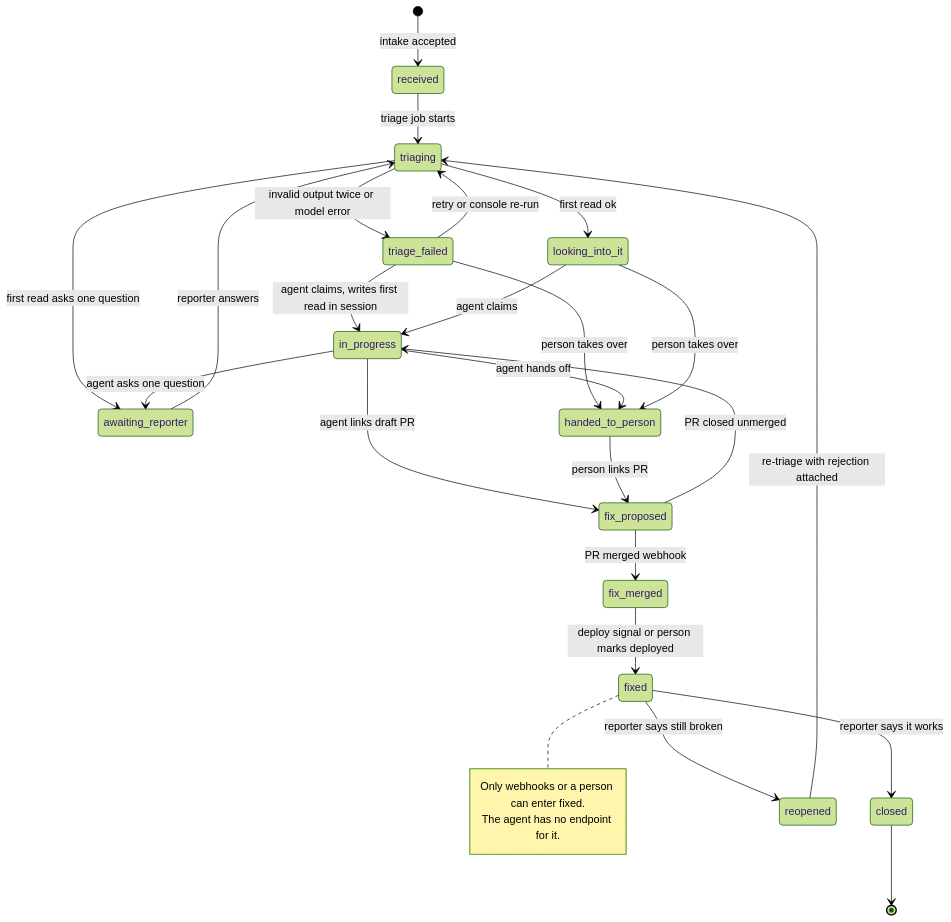
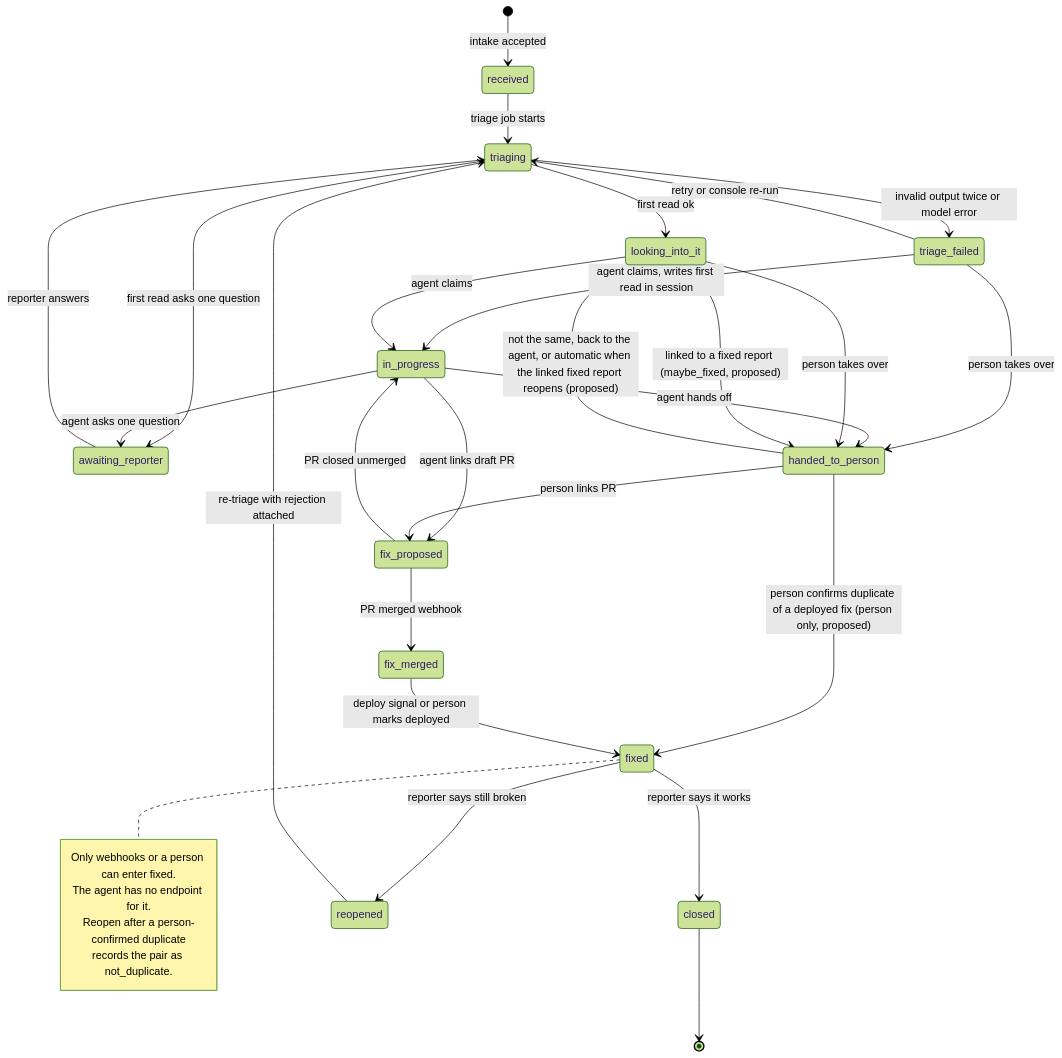
Before and after one commit to the-agency-ai/this-happened: the third of 8 diagrams in agency/workstreams/this-happened/ad-this-happened-rev1-20261013.md, drawn with Mermaid (forest theme). The commit also changed other lines of this file and 6 other files, not shown here.

````diff
--- a/agency/workstreams/this-happened/ad-this-happened-rev1-20261013.md
+++ b/agency/workstreams/this-happened/ad-this-happened-rev1-20261013.md
@@ -495,29 +510,34 @@
 ```mermaid
 stateDiagram-v2
   [*] --> received: intake accepted
   received --> triaging: triage job starts
   triaging --> looking_into_it: first read ok
   triaging --> awaiting_reporter: first read asks one question
   triaging --> triage_failed: invalid output twice or model error
   triage_failed --> triaging: retry or console re-run
   triage_failed --> in_progress: agent claims, writes first read in session
   triage_failed --> handed_to_person: person takes over
   awaiting_reporter --> triaging: reporter answers
   looking_into_it --> in_progress: agent claims
   in_progress --> awaiting_reporter: agent asks one question
   in_progress --> fix_proposed: agent links draft PR
   in_progress --> handed_to_person: agent hands off
   looking_into_it --> handed_to_person: person takes over
   handed_to_person --> fix_proposed: person links PR
+  looking_into_it --> handed_to_person: linked to a fixed report (maybe_fixed, proposed)
+  handed_to_person --> fixed: person confirms duplicate of a deployed fix (person only, proposed)
+  handed_to_person --> looking_into_it: not the same, back to the agent, or automatic when the linked fixed report reopens (proposed)
   fix_proposed --> fix_merged: PR merged webhook
   fix_proposed --> in_progress: PR closed unmerged
   fix_merged --> fixed: deploy signal or person marks deployed
   fixed --> closed: reporter says it works
   fixed --> reopened: reporter says still broken
   reopened --> triaging: re-triage with rejection attached
   closed --> [*]
   note right of fixed
     Only webhooks or a person can enter fixed.
     The agent has no endpoint for it.
+    Reopen after a person-confirmed duplicate
+    records the pair as not_duplicate.
   end note
 ```
````
